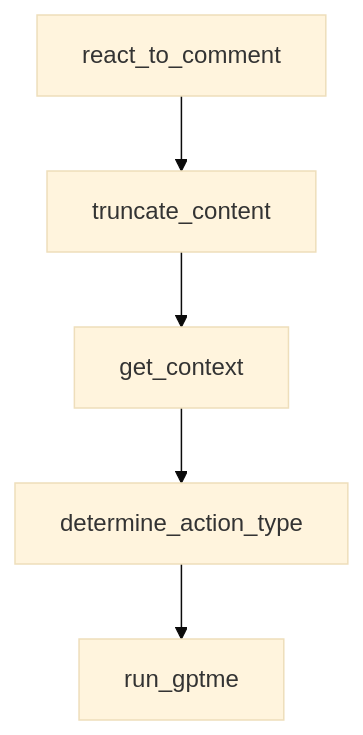
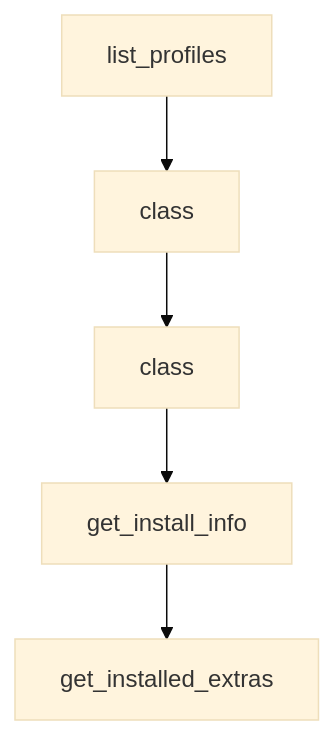
The diagram in tutorials/gptme-tutorial/05-context-lessons-and-conversation-management.md (johnxie/awesome-code-docs), drawn with Mermaid (base theme) before and after one commit. The commit also changed other lines of this file and 1232 other files, not shown here.

````diff
--- a/tutorials/gptme-tutorial/05-context-lessons-and-conversation-management.md
+++ b/tutorials/gptme-tutorial/05-context-lessons-and-conversation-management.md
@@ -210,12 +187,12 @@
 ```mermaid
 flowchart TD
-    A[react_to_comment]
-    B[truncate_content]
-    C[get_context]
-    D[determine_action_type]
-    E[run_gptme]
+    A[list_profiles]
+    B[class]
+    C[class]
+    D[get_install_info]
+    E[get_installed_extras]
     A --> B
     B --> C
     C --> D
     D --> E
 ```
````
